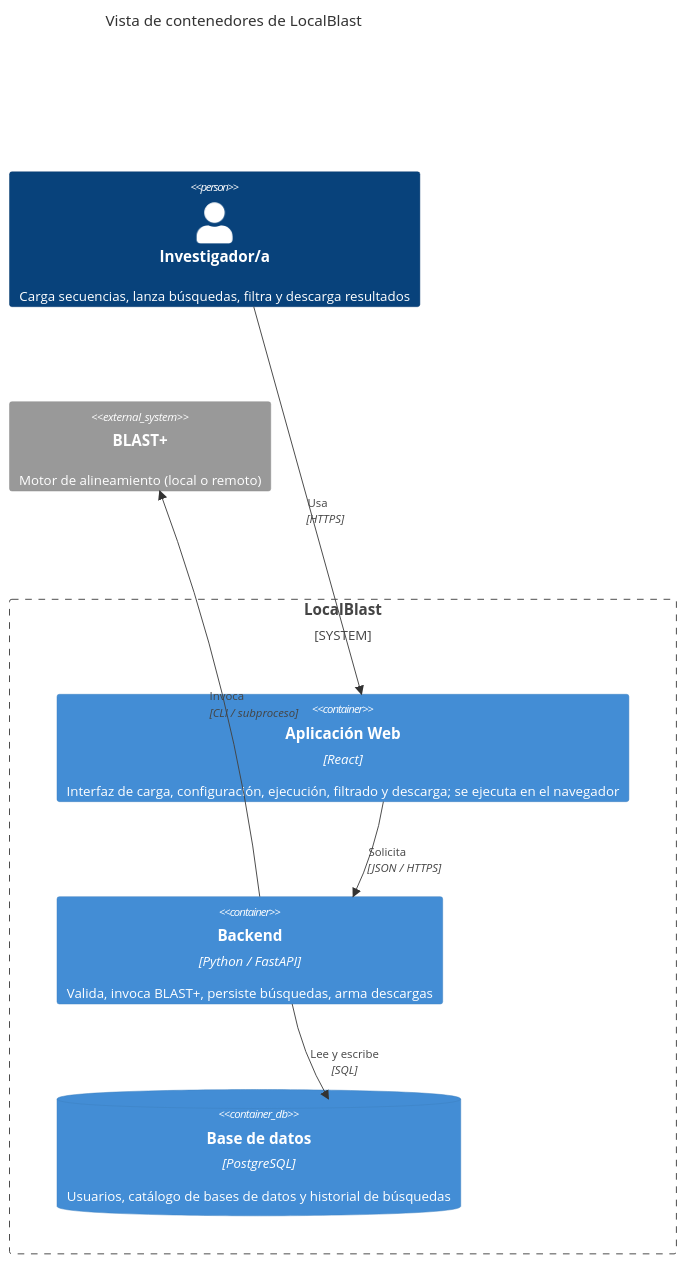
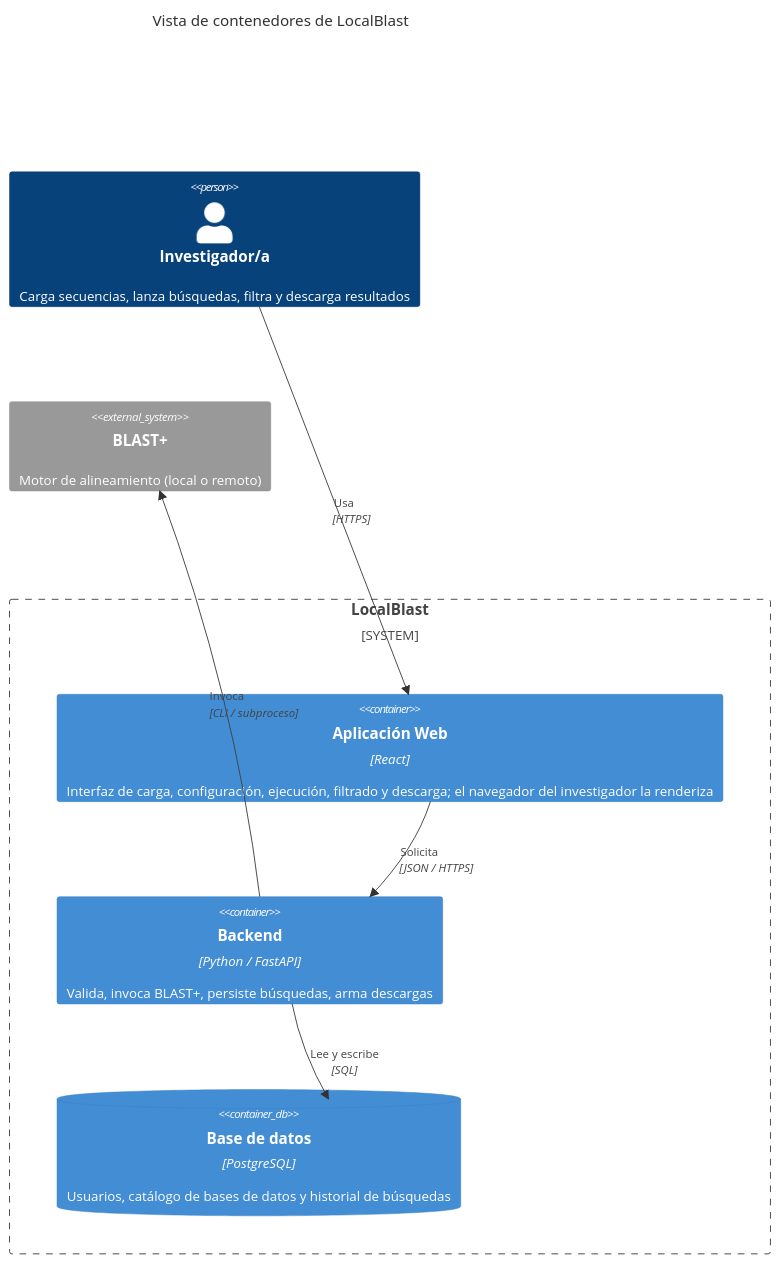
One commit to agwursten/Secondary-Repo-GUI-Blast changed the first of 4 diagrams in docs/architecture/architecture.md. Above: the diagram before and after it, drawn with Mermaid. The commit also changed other lines of this file and 16 other files, not shown here.

````diff
--- a/docs/architecture/architecture.md
+++ b/docs/architecture/architecture.md
@@ -303,21 +303,21 @@
 ```mermaid
 C4Container
     title Vista de contenedores de LocalBlast
 
     Person(inv, "Investigador/a", "Carga secuencias, lanza búsquedas, filtra y descarga resultados")
 
     System_Boundary(lb, "LocalBlast") {
-        Container(web, "Aplicación Web", "React", "Interfaz de carga, configuración, ejecución, filtrado y descarga; se ejecuta en el navegador")
+        Container(web, "Aplicación Web", "React", "Interfaz de carga, configuración, ejecución, filtrado y descarga; el navegador del investigador la renderiza")
         Container(backend, "Backend", "Python / FastAPI", "Valida, invoca BLAST+, persiste búsquedas, arma descargas")
         ContainerDb(bd, "Base de datos", "PostgreSQL", "Usuarios, catálogo de bases de datos y historial de búsquedas")
     }
 
     System_Ext(blast, "BLAST+", "Motor de alineamiento (local o remoto)")
 
     Rel(inv, web, "Usa", "HTTPS")
     Rel(web, backend, "Solicita", "JSON / HTTPS")
     Rel(backend, bd, "Lee y escribe", "SQL")
     Rel(backend, blast, "Invoca", "CLI / subproceso")
 
     UpdateLayoutConfig($c4ShapeInRow="3", $c4BoundaryInRow="1")
 ```
````
